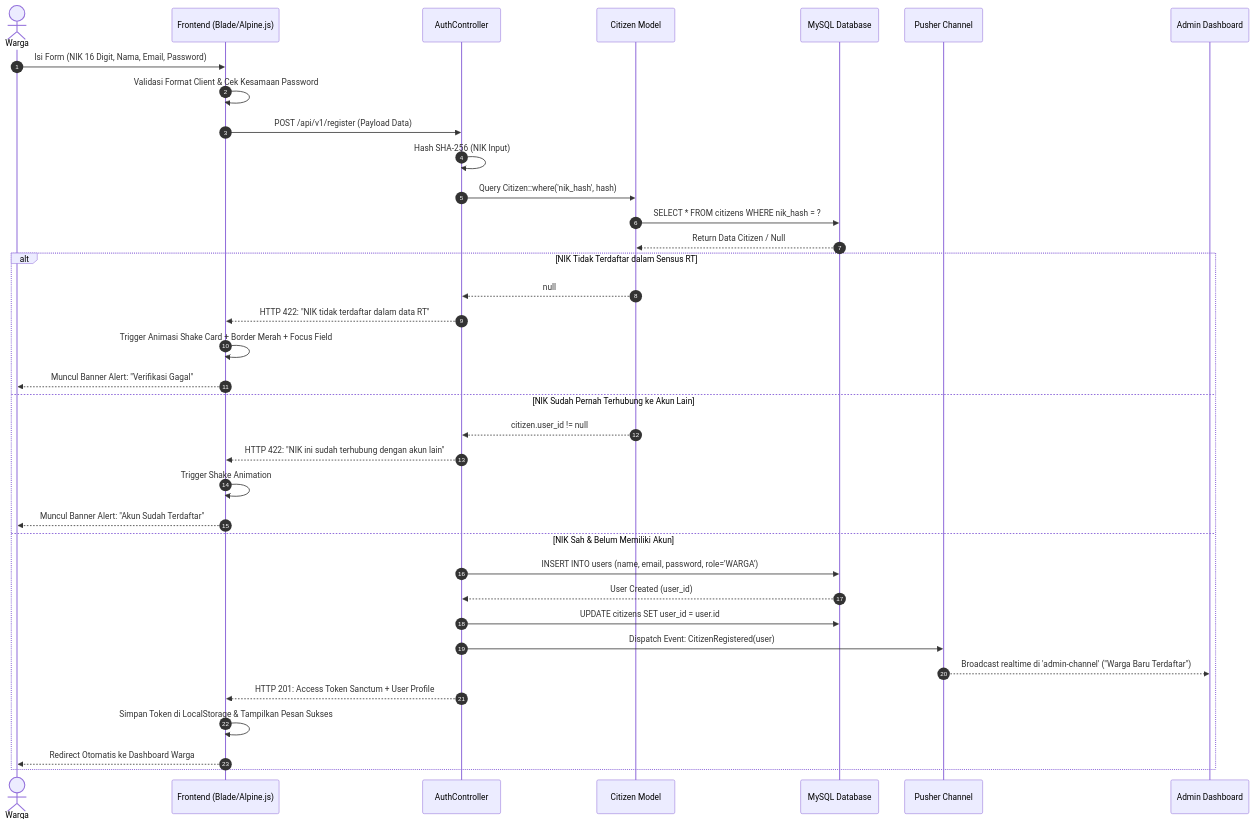
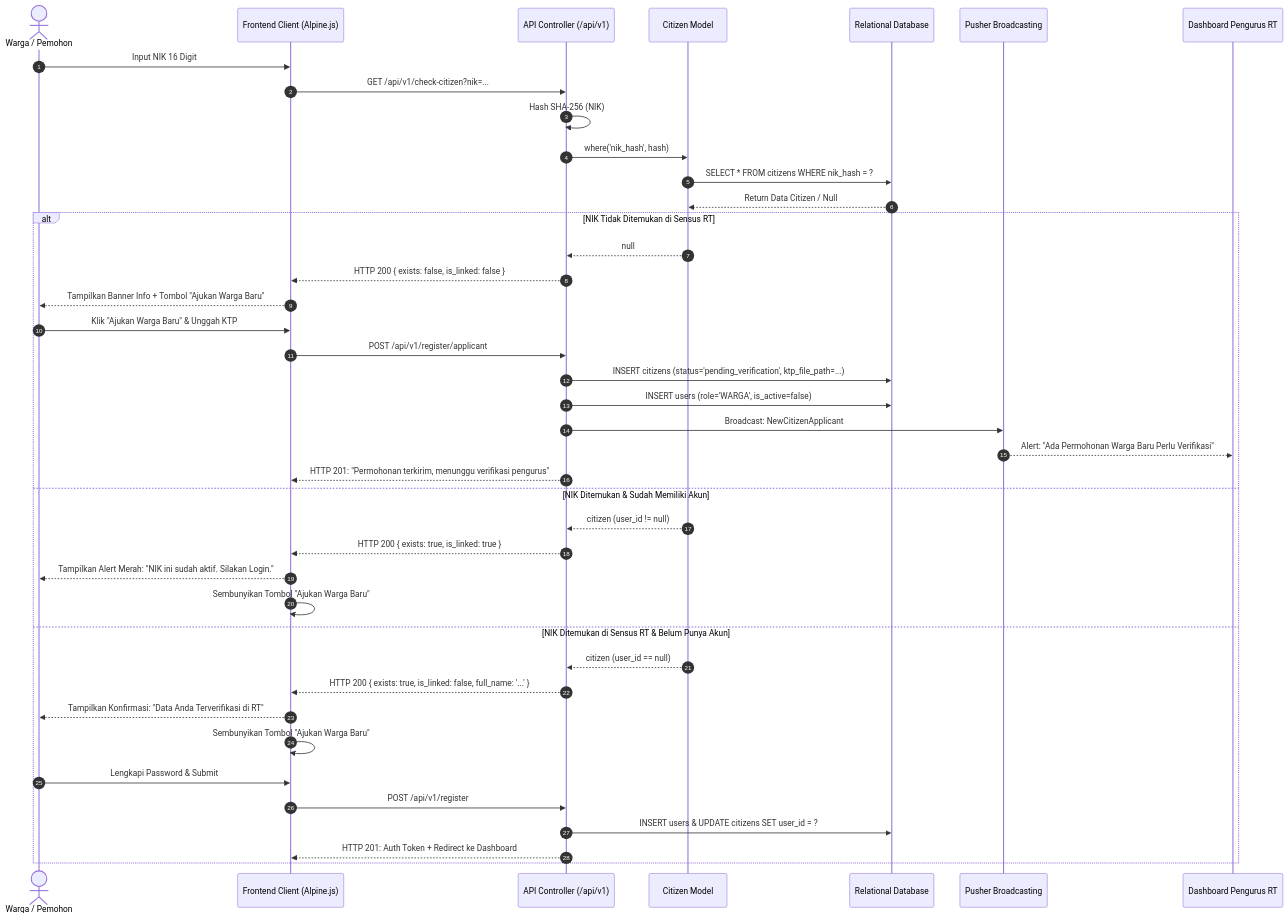
The seventh of 12 diagrams in README.md (not162/platform-layanan-publik-warga), drawn with Mermaid before and after one commit. The commit also changed other lines of this file and 1 other file, not shown here.

Commit message:
docs: document 5 core software engineering diagrams and resolve Vercel staging root download issue

````diff
--- a/README.md
+++ b/README.md
@@ -506,41 +768,45 @@
 ```mermaid
 sequenceDiagram
     autonumber
-    actor W as Warga
-    participant FE as Frontend (Blade/Alpine.js)
-    participant Auth as AuthController
+    actor W as Warga / Pemohon
+    participant FE as Frontend Client (Alpine.js)
+    participant API as API Controller (/api/v1)
     participant Model as Citizen Model
-    participant DB as MySQL Database
-    participant Push as Pusher Channel
-    participant Adm as Admin Dashboard
+    participant DB as Relational Database
+    participant Push as Pusher Broadcasting
+    participant Adm as Dashboard Pengurus RT
 
-    W->>FE: Isi Form (NIK 16 Digit, Nama, Email, Password)
-    FE->>FE: Validasi Format Client & Cek Kesamaan Password
-    FE->>Auth: POST /api/v1/register (Payload Data)
-    
-    Auth->>Auth: Hash SHA-256 (NIK Input)
-    Auth->>Model: Query Citizen::where('nik_hash', hash)
+    W->>FE: Input NIK 16 Digit
+    FE->>API: GET /api/v1/check-citizen?nik=...
+    API->>API: Hash SHA-256 (NIK)
+    API->>Model: where('nik_hash', hash)
     Model->>DB: SELECT * FROM citizens WHERE nik_hash = ?
     DB-->>Model: Return Data Citizen / Null
     
-    alt NIK Tidak Terdaftar dalam Sensus RT
-        Model-->>Auth: null
-        Auth-->>FE: HTTP 422: "NIK tidak terdaftar dalam data RT"
-        FE->>FE: Trigger Animasi Shake Card + Border Merah + Focus Field
-        FE-->>W: Muncul Banner Alert: "Verifikasi Gagal"
-    else NIK Sudah Pernah Terhubung ke Akun Lain
-        Model-->>Auth: citizen.user_id != null
-        Auth-->>FE: HTTP 422: "NIK ini sudah terhubung dengan akun lain"
-        FE->>FE: Trigger Shake Animation
-        FE-->>W: Muncul Banner Alert: "Akun Sudah Terdaftar"
-    else NIK Sah & Belum Memiliki Akun
-        Auth->>DB: INSERT INTO users (name, email, password, role='WARGA')
-        DB-->>Auth: User Created (user_id)
-        Auth->>DB: UPDATE citizens SET user_id = user.id
-        Auth->>Push: Dispatch Event: CitizenRegistered(user)
-        Push-->>Adm: Broadcast realtime di 'admin-channel' ("Warga Baru Terdaftar")
-        Auth-->>FE: HTTP 201: Access Token Sanctum + User Profile
-        FE->>FE: Simpan Token di LocalStorage & Tampilkan Pesan Sukses
-        FE-->>W: Redirect Otomatis ke Dashboard Warga
+    alt NIK Tidak Ditemukan di Sensus RT
+        Model-->>API: null
+        API-->>FE: HTTP 200 { exists: false, is_linked: false }
+        FE-->>W: Tampilkan Banner Info + Tombol "Ajukan Warga Baru"
+        W->>FE: Klik "Ajukan Warga Baru" & Unggah KTP
+        FE->>API: POST /api/v1/register/applicant
+        API->>DB: INSERT citizens (status='pending_verification', ktp_file_path=...)
+        API->>DB: INSERT users (role='WARGA', is_active=false)
+        API->>Push: Broadcast: NewCitizenApplicant
+        Push-->>Adm: Alert: "Ada Permohonan Warga Baru Perlu Verifikasi"
+        API-->>FE: HTTP 201: "Permohonan terkirim, menunggu verifikasi pengurus"
+    else NIK Ditemukan & Sudah Memiliki Akun
+        Model-->>API: citizen (user_id != null)
+        API-->>FE: HTTP 200 { exists: true, is_linked: true }
+        FE-->>W: Tampilkan Alert Merah: "NIK ini sudah aktif. Silakan Login."
+        FE->>FE: Sembunyikan Tombol "Ajukan Warga Baru"
+    else NIK Ditemukan di Sensus RT & Belum Punya Akun
+        Model-->>API: citizen (user_id == null)
+        API-->>FE: HTTP 200 { exists: true, is_linked: false, full_name: '...' }
+        FE-->>W: Tampilkan Konfirmasi: "Data Anda Terverifikasi di RT"
+        FE->>FE: Sembunyikan Tombol "Ajukan Warga Baru"
+        W->>FE: Lengkapi Password & Submit
+        FE->>API: POST /api/v1/register
+        API->>DB: INSERT users & UPDATE citizens SET user_id = ?
+        API-->>FE: HTTP 201: Auth Token + Redirect ke Dashboard
     end
 ```
````
